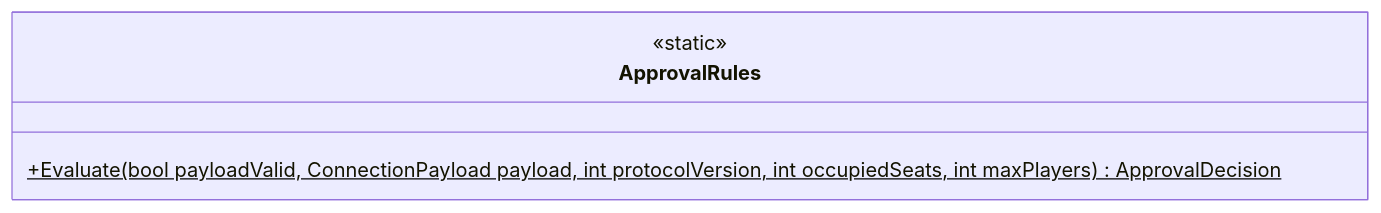
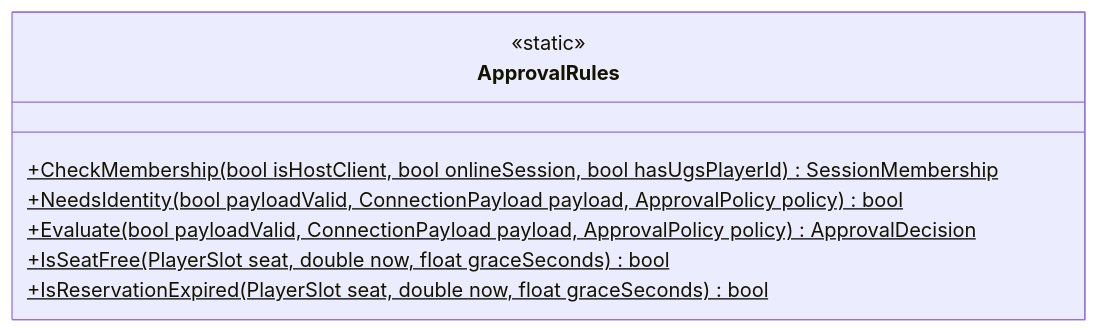
One commit to Chacashi/Alien-Farms changed the diagram in Docs/Arquitectura/Clases/Networking/ApprovalRules.md. Above: the diagram before and after it, drawn with Mermaid. The commit also changed other lines of this file and 257 other files, not shown here.

````diff
--- a/Docs/Arquitectura/Clases/Networking/ApprovalRules.md
+++ b/Docs/Arquitectura/Clases/Networking/ApprovalRules.md
@@ -15,9 +15,13 @@
 ```mermaid
 classDiagram
   direction LR
   class ApprovalRules {
     <<static>>
-    +Evaluate(bool payloadValid, ConnectionPayload payload, int protocolVersion, int occupiedSeats, int maxPlayers)$ ApprovalDecision
+    +CheckMembership(bool isHostClient, bool onlineSession, bool hasUgsPlayerId)$ SessionMembership
+    +NeedsIdentity(bool payloadValid, ConnectionPayload payload, ApprovalPolicy policy)$ bool
+    +Evaluate(bool payloadValid, ConnectionPayload payload, ApprovalPolicy policy)$ ApprovalDecision
+    +IsSeatFree(PlayerSlot seat, double now, float graceSeconds)$ bool
+    +IsReservationExpired(PlayerSlot seat, double now, float graceSeconds)$ bool
   }
   classDef external fill:#eee,stroke:#999,stroke-dasharray: 4 3,color:#555
 ```
````
